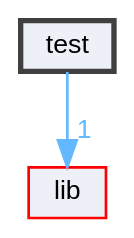
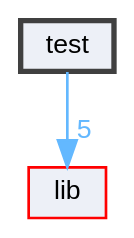
Before and after one commit to helcsnewsxd/gsc-interpreter: the diagram in dir_13e138d54eb8818da29c3992edef070a_dep.dot, drawn with Graphviz. The commit also changed 122 other files, not shown here.

```diff
--- a/dir_13e138d54eb8818da29c3992edef070a_dep.dot
+++ b/dir_13e138d54eb8818da29c3992edef070a_dep.dot
@@ -1,11 +1,11 @@
 digraph "test"
 {
  // LATEX_PDF_SIZE
   bgcolor="transparent";
   edge [fontname=Helvetica,fontsize=10,labelfontname=Helvetica,labelfontsize=10];
   node [fontname=Helvetica,fontsize=10,shape=box,height=0.2,width=0.4];
   compound=true
   dir_13e138d54eb8818da29c3992edef070a [label="test", fillcolor="#edf0f7", color="grey25", style="filled,bold", URL="dir_13e138d54eb8818da29c3992edef070a.html",tooltip=""];
   dir_97aefd0d527b934f1d99a682da8fe6a9 [label="lib", fillcolor="#edf0f7", color="red", style="filled", URL="dir_97aefd0d527b934f1d99a682da8fe6a9.html",tooltip=""];
-  dir_13e138d54eb8818da29c3992edef070a->dir_97aefd0d527b934f1d99a682da8fe6a9 [headlabel="1", labeldistance=1.5 headhref="dir_000004_000002.html" href="dir_000004_000002.html" color="steelblue1" fontcolor="steelblue1"];
+  dir_13e138d54eb8818da29c3992edef070a->dir_97aefd0d527b934f1d99a682da8fe6a9 [headlabel="5", labeldistance=1.5 headhref="dir_000004_000002.html" href="dir_000004_000002.html" color="steelblue1" fontcolor="steelblue1"];
 }
```
